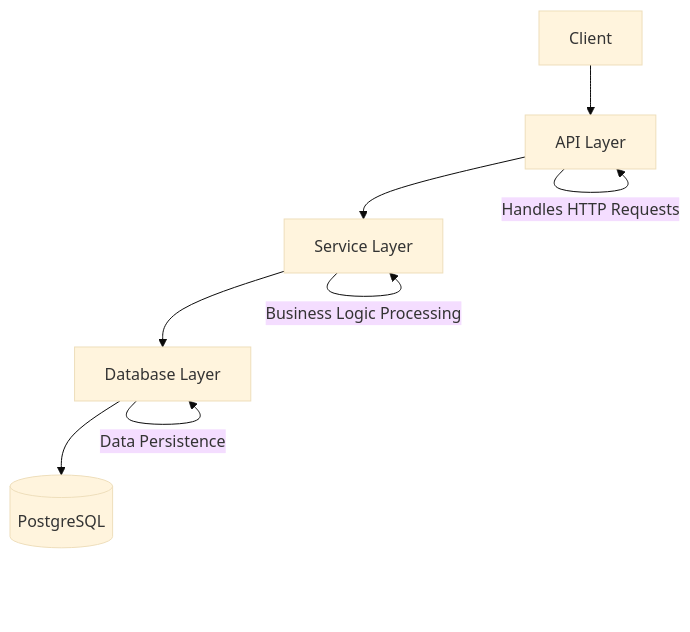
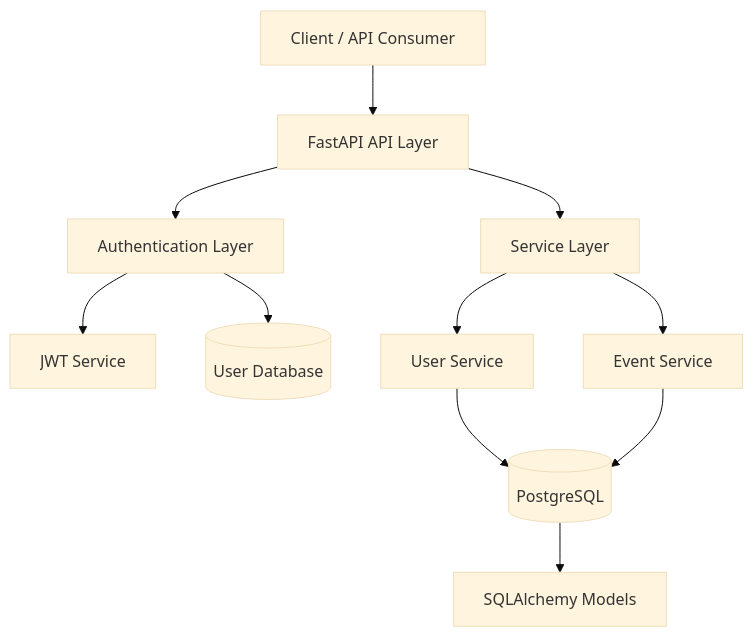
The diagram in README.md (Fernando-De-Santiago/Project-Oracle), drawn with Mermaid (base theme) before and after one commit. The commit also changed other lines of this file, not shown here.

Commit message:
Update README with architecture documentation

````diff
--- a/README.md
+++ b/README.md
@@ -101,13 +146,21 @@
 ```mermaid
 flowchart TD
 
-Client[Client] --> API[API Layer]
+    Client[Client / API Consumer]
 
-API --> Service[Service Layer]
-Service --> DB[Database Layer]
-DB --> Postgres[(PostgreSQL)]
+    Client --> API[FastAPI API Layer]
 
-API -->|Handles HTTP Requests| API
-Service -->|Business Logic Processing| Service
-DB -->|Data Persistence| DB
+    API --> Auth[Authentication Layer]
+    API --> Services[Service Layer]
+
+    Auth --> JWT[JWT Service]
+    Auth --> UserDB[(User Database)]
+
+    Services --> UserService[User Service]
+    Services --> EventService[Event Service]
+
+    UserService --> DB[(PostgreSQL)]
+    EventService --> DB
+
+    DB --> Models[SQLAlchemy Models]
 ```
````
